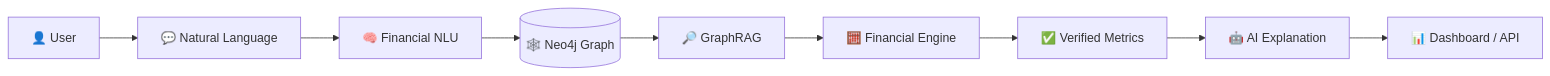
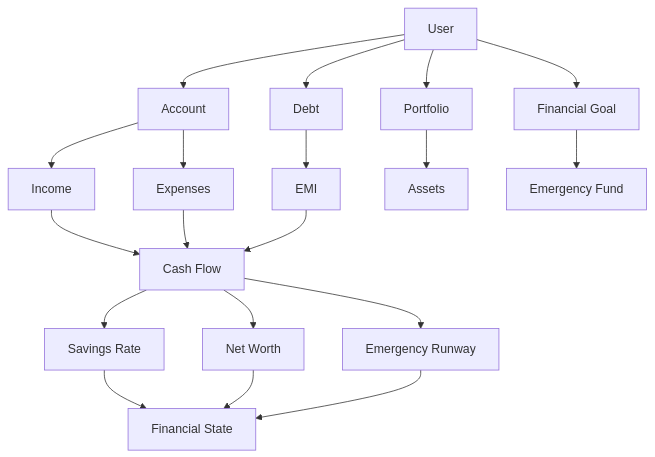
The first of 11 diagrams in README.md (ShlokMishra01/Fintech-assistant-model-with-neo4j-and-Python), drawn with Mermaid before and after one commit. The commit also changed other lines of this file, not shown here.

````diff
--- a/README.md
+++ b/README.md
@@ -43,11 +126,30 @@
 ```mermaid
-flowchart LR
-    A["👤 User"] --> B["💬 Natural Language"]
-    B --> C["🧠 Financial NLU"]
-    C --> D[("🕸️ Neo4j Graph")]
-    D --> E["🔎 GraphRAG"]
-    E --> F["🧮 Financial Engine"]
-    F --> G["✅ Verified Metrics"]
-    G --> H["🤖 AI Explanation"]
-    H --> I["📊 Dashboard / API"]
+flowchart TD
+
+    U["User"]
+
+    U --> A["Account"]
+    A --> I["Income"]
+    A --> E["Expenses"]
+
+    U --> D["Debt"]
+    D --> EMI["EMI"]
+
+    U --> P["Portfolio"]
+    P --> AS["Assets"]
+
+    U --> G["Financial Goal"]
+    G --> EF["Emergency Fund"]
+
+    I --> CF["Cash Flow"]
+    E --> CF
+    EMI --> CF
+
+    CF --> S["Savings Rate"]
+    CF --> NW["Net Worth"]
+    CF --> R["Emergency Runway"]
+
+    S --> H["Financial State"]
+    NW --> H
+    R --> H
 ```
````
